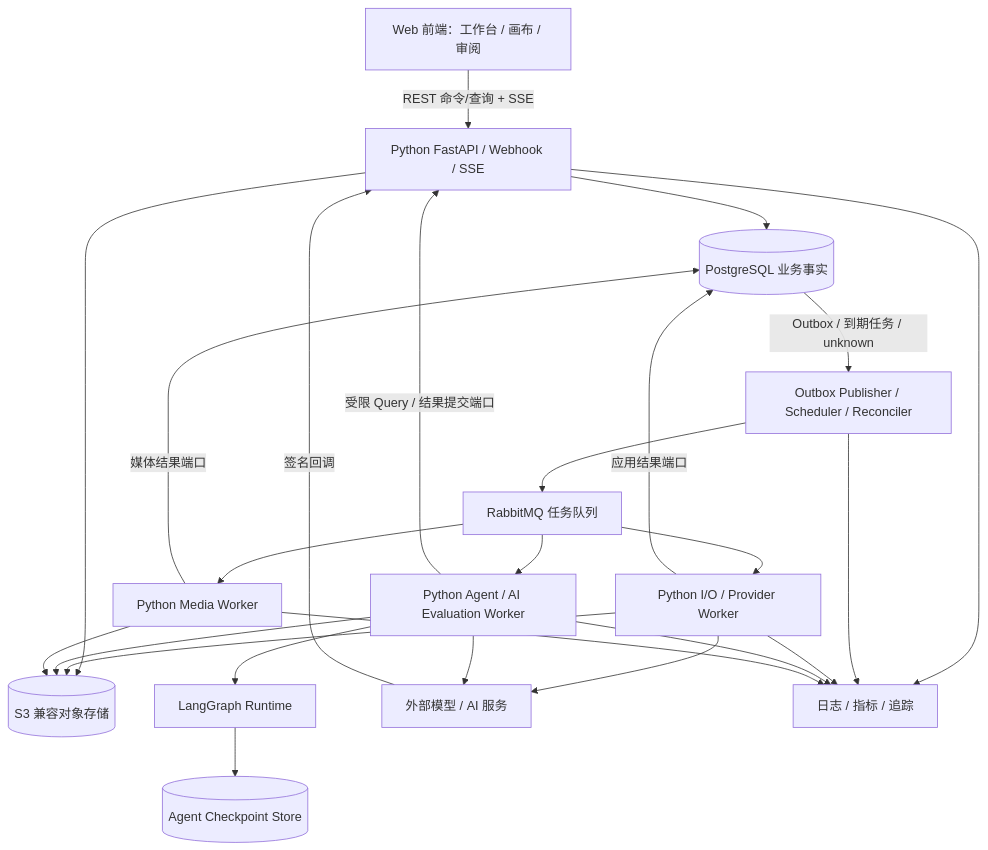
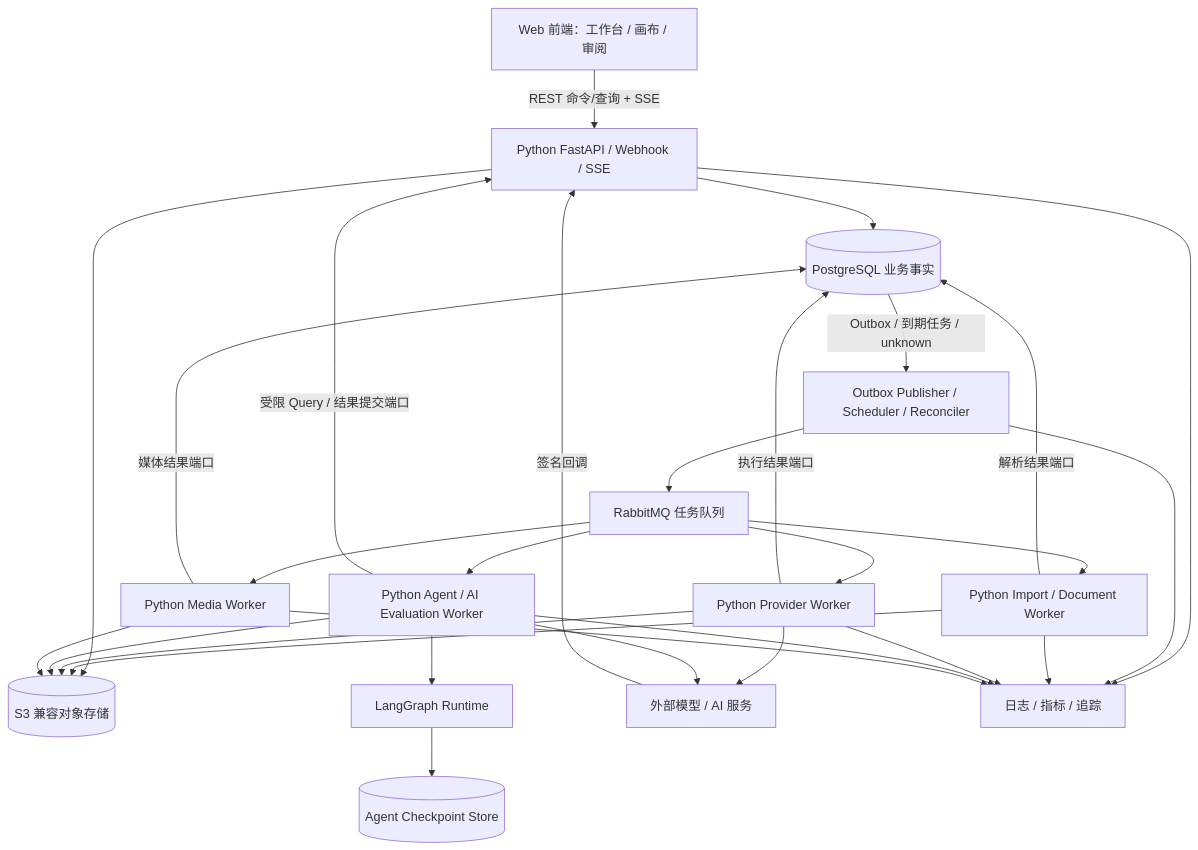
One commit to StephenQiu30/lanverse changed the first of 2 diagrams in docs/design/000-AI视频生产平台目标系统架构设计.md. Above: the diagram before and after it, drawn with Mermaid. The commit also changed other lines of this file and 107 other files, not shown here.

````diff
--- a/docs/design/000-AI视频生产平台目标系统架构设计.md
+++ b/docs/design/000-AI视频生产平台目标系统架构设计.md
@@ -152,41 +153,46 @@
 ```mermaid
 flowchart TB
     UI["Web 前端：工作台 / 画布 / 审阅"]
     API["Python FastAPI / Webhook / SSE"]
     PG[("PostgreSQL 业务事实")]
     OBJ[("S3 兼容对象存储")]
     MQ["RabbitMQ 任务队列"]
     SCH["Outbox Publisher / Scheduler / Reconciler"]
-    IOW["Python I/O / Provider Worker"]
+    IMP["Python Import / Document Worker"]
+    PVW["Python Provider Worker"]
     PAW["Python Agent / AI Evaluation Worker"]
     LG["LangGraph Runtime"]
     LGS[("Agent Checkpoint Store")]
     MW["Python Media Worker"]
     EXT["外部模型 / AI 服务"]
     OBS["日志 / 指标 / 追踪"]
 
     UI -->|"REST 命令/查询 + SSE"| API
     API --> PG
     API --> OBJ
     EXT -->|"签名回调"| API
     PG -->|"Outbox / 到期任务 / unknown"| SCH
     SCH --> MQ
-    MQ --> IOW
+    MQ --> IMP
+    MQ --> PVW
     MQ --> PAW
     MQ --> MW
-    IOW -->|"应用结果端口"| PG
-    IOW --> EXT
-    IOW --> OBJ
+    IMP -->|"解析结果端口"| PG
+    IMP --> OBJ
+    PVW -->|"执行结果端口"| PG
+    PVW --> EXT
+    PVW --> OBJ
     PAW --> LG
     LG --> LGS
     PAW -->|"受限 Query / 结果提交端口"| API
     PAW --> EXT
     PAW --> OBJ
     MW -->|"媒体结果端口"| PG
     MW --> OBJ
     API --> OBS
     SCH --> OBS
-    IOW --> OBS
+    IMP --> OBS
+    PVW --> OBS
     PAW --> OBS
     MW --> OBS
 ```
````
